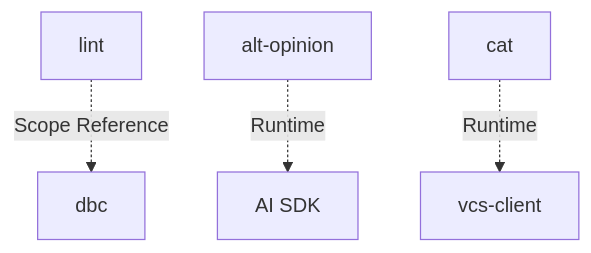
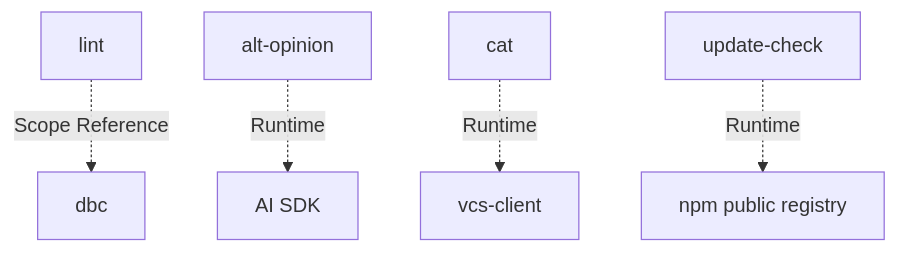
Before and after one commit to RubaXa/gennady: the diagram in specs/cli/cli.spec.md, drawn with Mermaid. The commit also changed other lines of this file and 11 other files, not shown here.

````diff
--- a/specs/cli/cli.spec.md
+++ b/specs/cli/cli.spec.md
@@ -413,6 +545,7 @@
 ```mermaid
 graph TD
     lint -. Scope Reference .-> dbc
     alt-opinion -. Runtime .-> ai-sdk[AI SDK]
     cat -. Runtime .-> vcs[vcs-client]
+    update-check -. Runtime .-> npm-registry[npm public registry]
 ```
````
